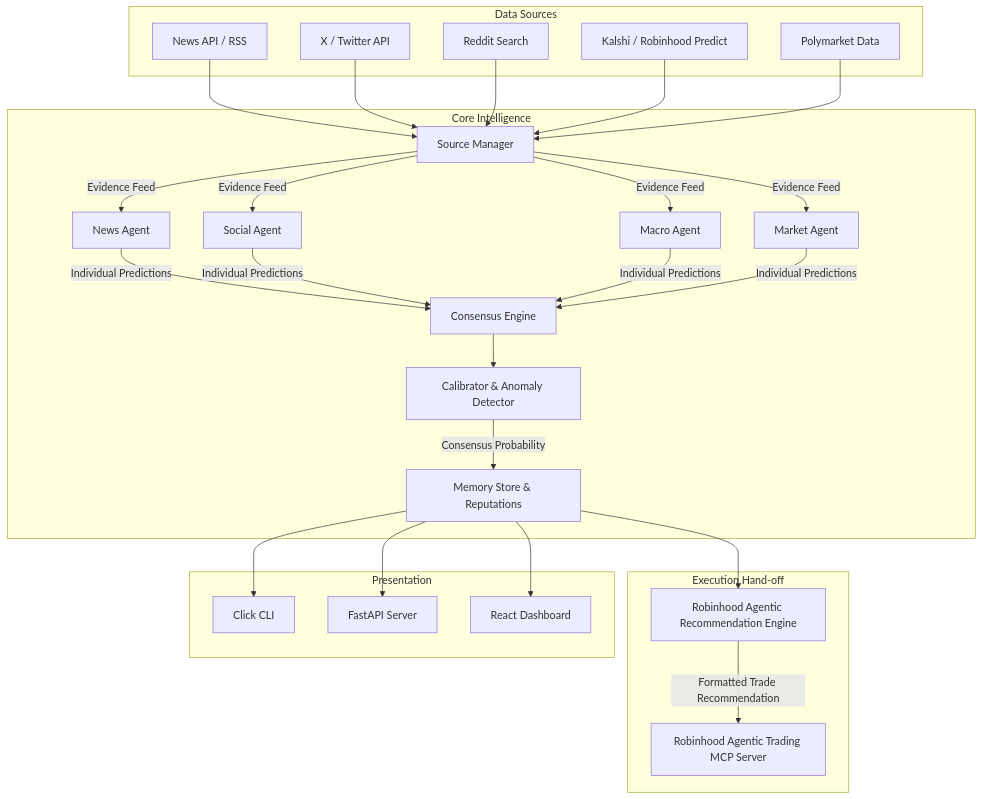
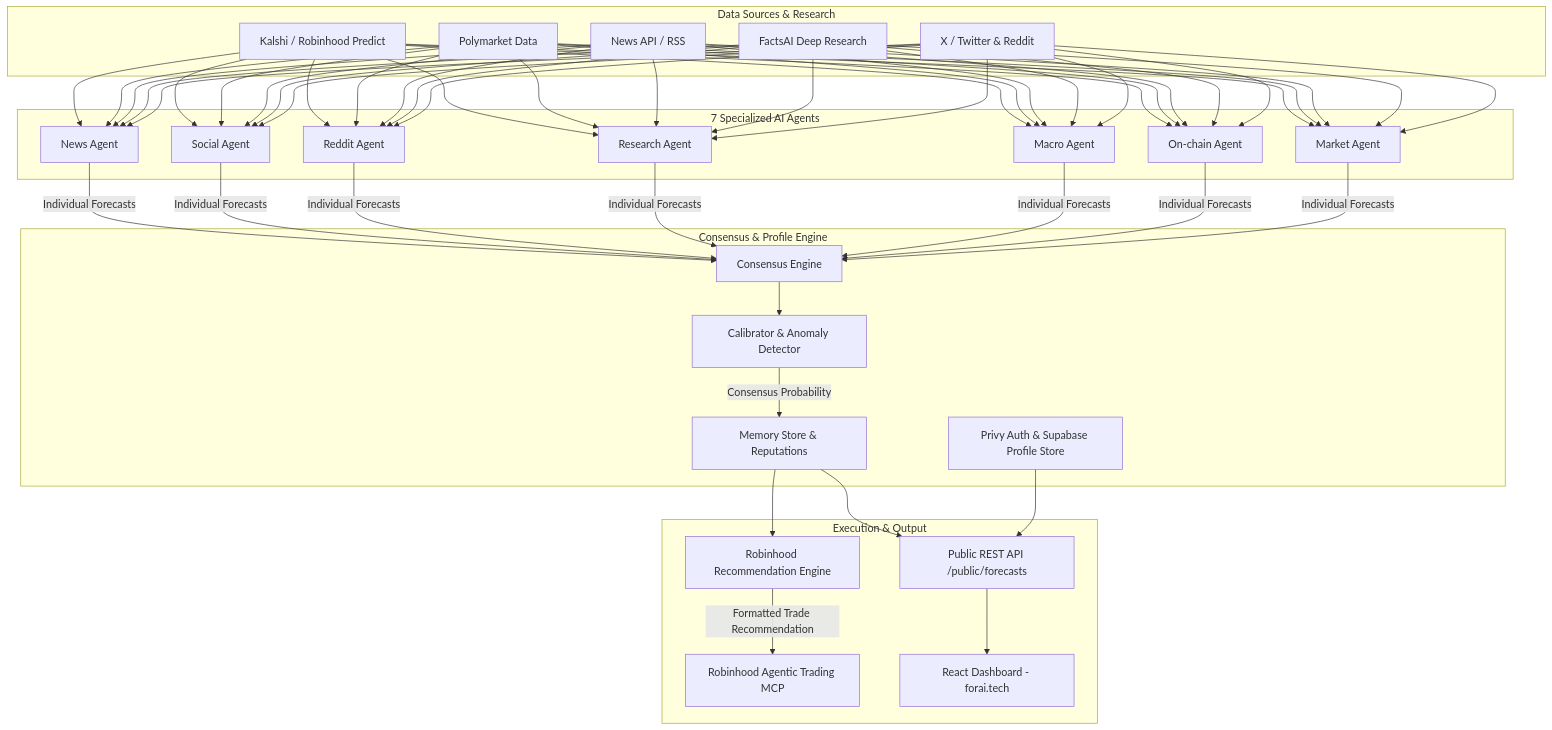
The diagram in README.md (codebyollie/forecast-agents), drawn with Mermaid before and after one commit. The commit also changed other lines of this file and 2 other files, not shown here.

Commit message:
Update README.md and add docs/facts_ai.md covering all shipped integrations, Privy auth distinction, and CLI reference

````diff
--- a/README.md
+++ b/README.md
@@ -72,42 +55,44 @@
 ```mermaid
 graph TD
-    subgraph Data Sources
-        news[News API / RSS]
-        x[X / Twitter API]
-        reddit[Reddit Search]
+    subgraph Data Sources & Research
         kalshi[Kalshi / Robinhood Predict]
         poly[Polymarket Data]
+        news[News API / RSS]
+        factsai[FactsAI Deep Research]
+        social[X / Twitter & Reddit]
     end
 
-    subgraph Core Intelligence
-        SM[Source Manager]
+    subgraph 7 Specialized AI Agents
         A_News[News Agent]
         A_Social[Social Agent]
+        A_Reddit[Reddit Agent]
+        A_Research[Research Agent]
         A_Macro[Macro Agent]
+        A_Onchain[On-chain Agent]
         A_Market[Market Agent]
-        
+    end
+
+    subgraph Consensus & Profile Engine
         CE[Consensus Engine]
         Calibrator[Calibrator & Anomaly Detector]
         Memory[Memory Store & Reputations]
+        Profile[Privy Auth & Supabase Profile Store]
     end
 
-    subgraph Execution Hand-off
-        RecEngine[Robinhood Agentic Recommendation Engine]
-        MCP[Robinhood Agentic Trading MCP Server]
+    subgraph Execution & Output
+        RecEngine[Robinhood Recommendation Engine]
+        MCP[Robinhood Agentic Trading MCP]
+        API[Public REST API /public/forecasts]
+        UI[React Dashboard - forai.tech]
     end
 
-    subgraph Presentation
-        CLI[Click CLI]
-        API[FastAPI Server]
-        UI[React Dashboard]
-    end
-
-    news & x & reddit & kalshi & poly --> SM
-    SM -->|Evidence Feed| A_News & A_Social & A_Macro & A_Market
-    A_News & A_Social & A_Macro & A_Market -->|Individual Predictions| CE
+    kalshi & poly & news & factsai & social --> A_News & A_Social & A_Reddit & A_Research & A_Macro & A_Onchain & A_Market
+    A_News & A_Social & A_Reddit & A_Research & A_Macro & A_Onchain & A_Market -->|Individual Forecasts| CE
     CE --> Calibrator
     Calibrator -->|Consensus Probability| Memory
     Memory --> RecEngine
     RecEngine -->|Formatted Trade Recommendation| MCP
-    Memory --> CLI & API & UI
+    Memory --> API
+    Profile --> API
+    API --> UI
 ```
````
